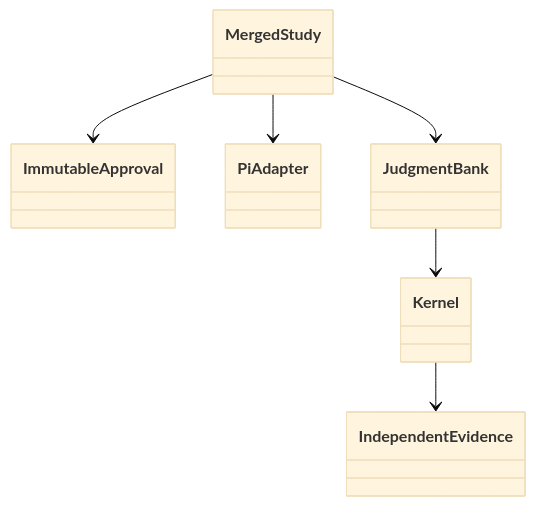
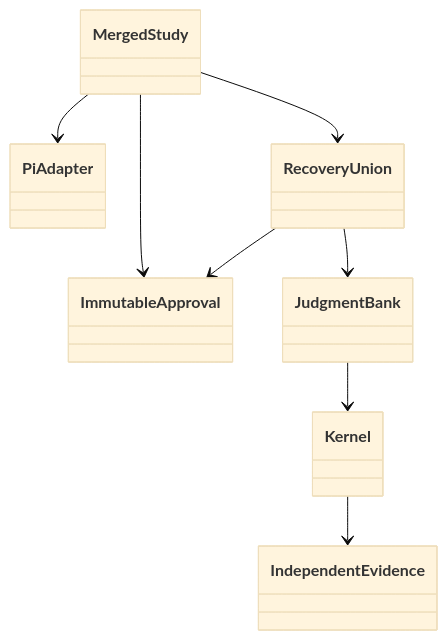
One commit to liu-qingyuan/llm-abm-marketing-sim changed the eighth of 8 diagrams in runs/ten-topic-gpt-studies-20261006/LIVE_DESIGN.md. Above: the diagram before and after it, drawn with Mermaid (base theme). The commit also changed other lines of this file, not shown here.

Commit message:
Document preserved-unknown recovery lifecycle

````diff
--- a/runs/ten-topic-gpt-studies-20261006/LIVE_DESIGN.md
+++ b/runs/ten-topic-gpt-studies-20261006/LIVE_DESIGN.md
@@ -84,14 +94,17 @@
 ```mermaid
 classDiagram
   class MergedStudy
   class ImmutableApproval
   class PiAdapter
   class JudgmentBank
   class Kernel
+  class RecoveryUnion
   class IndependentEvidence
   MergedStudy --> ImmutableApproval
   MergedStudy --> PiAdapter
-  MergedStudy --> JudgmentBank
+  MergedStudy --> RecoveryUnion
+  RecoveryUnion --> ImmutableApproval
+  RecoveryUnion --> JudgmentBank
   JudgmentBank --> Kernel
   Kernel --> IndependentEvidence
 ```
````
